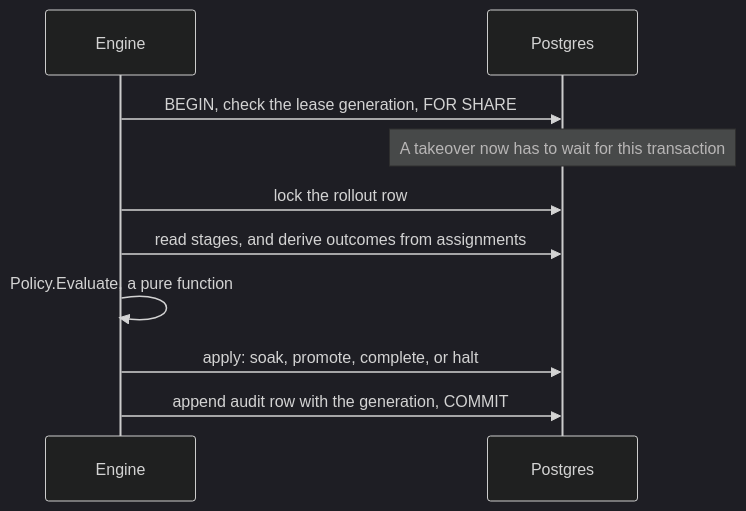
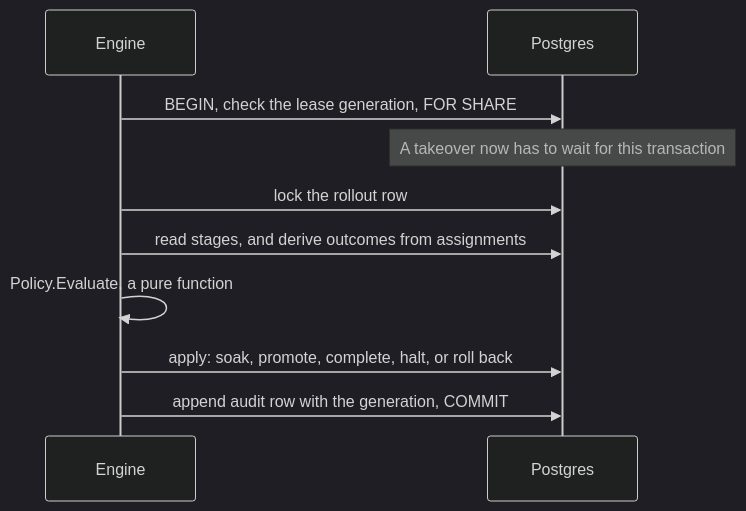
Before and after one commit to Bispulm/fleet-rollout: the fourth of 4 diagrams in docs/architecture.md, drawn with Mermaid (dark theme). The commit also changed other lines of this file, not shown here.

First line of the commit message:
docs: describe the architecture as it's built

````diff
--- a/docs/architecture.md
+++ b/docs/architecture.md
@@ -82,12 +146,12 @@
 ```mermaid
 sequenceDiagram
     participant E as Engine
     participant P as Postgres
     E->>P: BEGIN, check the lease generation, FOR SHARE
     Note over P: A takeover now has to wait for this transaction
     E->>P: lock the rollout row
     E->>P: read stages, and derive outcomes from assignments
     E->>E: Policy.Evaluate, a pure function
-    E->>P: apply: soak, promote, complete, or halt
+    E->>P: apply: soak, promote, complete, halt, or roll back
     E->>P: append audit row with the generation, COMMIT
 ```
````
